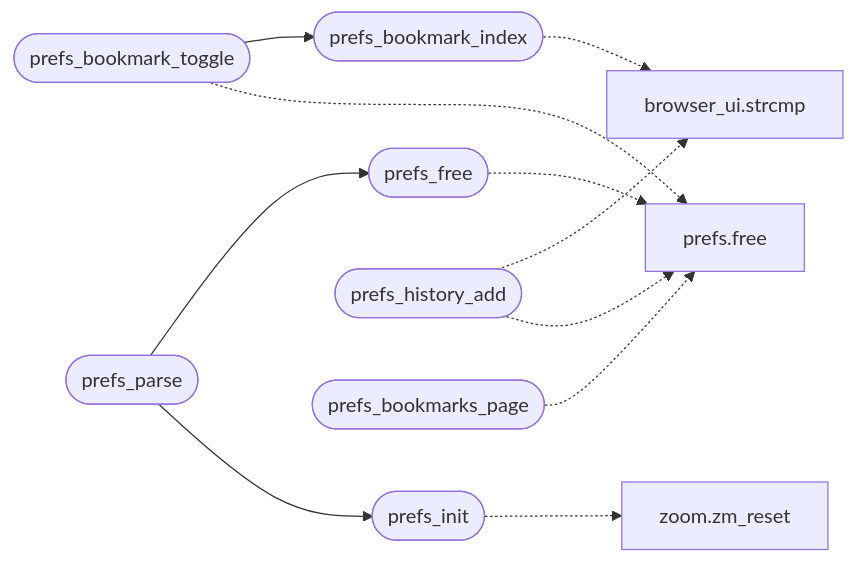
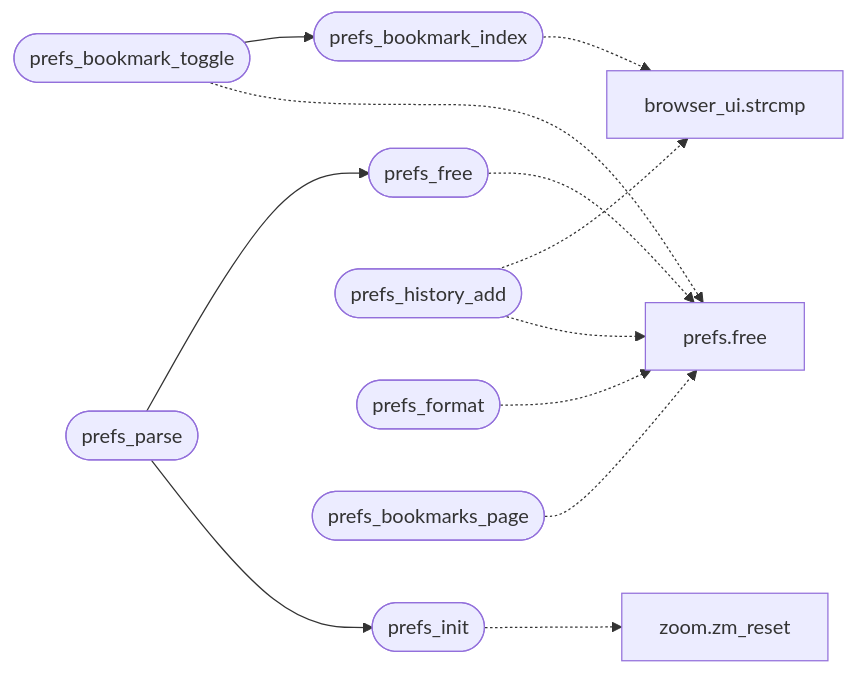
The diagram in readmenator-apidocs/modules/src.prefs.c.md (grisuno/FreeDom), drawn with Mermaid before and after one commit. The commit also changed other lines of this file and 253 other files, not shown here.

````diff
--- a/readmenator-apidocs/modules/src.prefs.c.md
+++ b/readmenator-apidocs/modules/src.prefs.c.md
@@ -15,23 +15,25 @@
 ```mermaid
 flowchart LR
     n_src_prefs_c__prefs_bookmark_toggle(["prefs_bookmark_toggle"])
     n_src_prefs_c__prefs_bookmark_index(["prefs_bookmark_index"])
     n_src_prefs_c__prefs_parse(["prefs_parse"])
     n_src_prefs_c__prefs_free(["prefs_free"])
     n_src_prefs_c__prefs_init(["prefs_init"])
     n_include_zoom_h__zm_reset["zoom.zm_reset"]
     n_include_prefs_h__free["prefs.free"]
     n_gui_browser_ui_c__strcmp["browser_ui.strcmp"]
     n_src_prefs_c__prefs_history_add(["prefs_history_add"])
+    n_src_prefs_c__prefs_format(["prefs_format"])
     n_src_prefs_c__prefs_bookmarks_page(["prefs_bookmarks_page"])
     n_src_prefs_c__prefs_bookmark_toggle --> n_src_prefs_c__prefs_bookmark_index
     n_src_prefs_c__prefs_parse --> n_src_prefs_c__prefs_free
     n_src_prefs_c__prefs_parse --> n_src_prefs_c__prefs_init
     n_src_prefs_c__prefs_init -.-> n_include_zoom_h__zm_reset
     n_src_prefs_c__prefs_free -.-> n_include_prefs_h__free
     n_src_prefs_c__prefs_bookmark_index -.-> n_gui_browser_ui_c__strcmp
     n_src_prefs_c__prefs_bookmark_toggle -.-> n_include_prefs_h__free
     n_src_prefs_c__prefs_history_add -.-> n_gui_browser_ui_c__strcmp
     n_src_prefs_c__prefs_history_add -.-> n_include_prefs_h__free
+    n_src_prefs_c__prefs_format -.-> n_include_prefs_h__free
     n_src_prefs_c__prefs_bookmarks_page -.-> n_include_prefs_h__free
 ```
````
